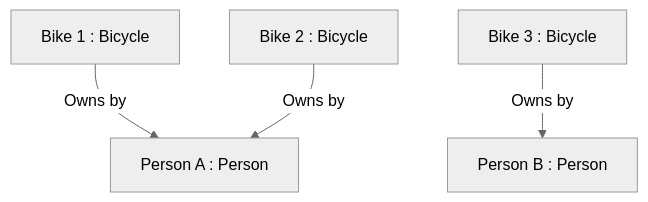
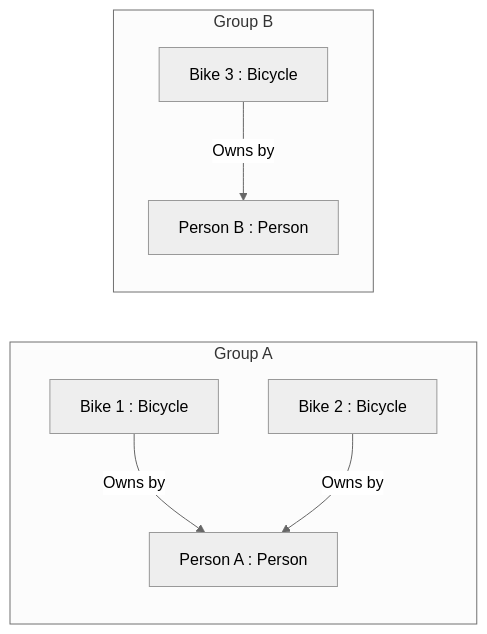
One commit to Eurydia/notes-singularity changed the first of 19 diagrams in Computer science/Object-oriented programming/UML Diagram.md. Above: the diagram before and after it, drawn with Mermaid (neutral theme). The commit also changed other lines of this file and 2 other files, not shown here.

Commit message:
added note singleton design pattern

````diff
--- a/Computer science/Object-oriented programming/UML Diagram.md
+++ b/Computer science/Object-oriented programming/UML Diagram.md
@@ -9,6 +11,9 @@
 ```mermaid
-flowchart TD
-
-1[Bike 1 : Bicycle] & 2[Bike 2 : Bicycle] -->|Owns by| 3[Person A : Person]
-4[Bike 3 : Bicycle] -->|Owns by| 5[Person B : Person]
+flowchart LR
+subgraph Group A
+	1[Bike 1 : Bicycle] & 2[Bike 2 : Bicycle] -->|Owns by| 3[Person A : Person]
+end
+subgraph Group B
+	4[Bike 3 : Bicycle] -->|Owns by| 5[Person B : Person]
+end
 ```
````
